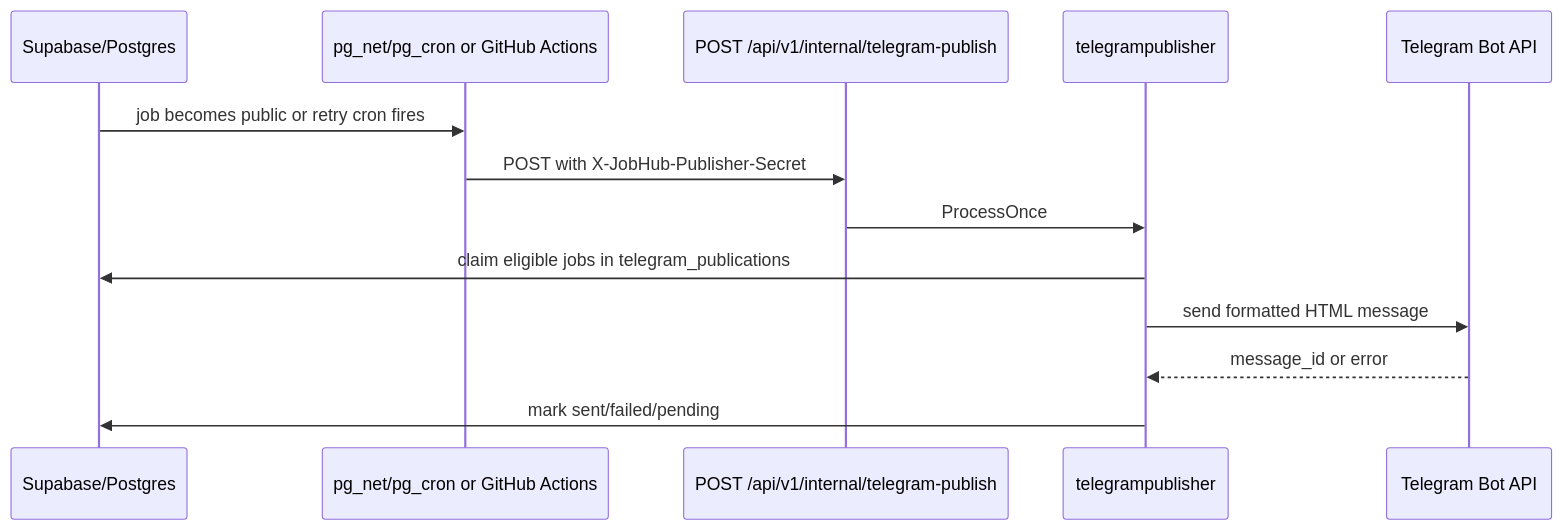
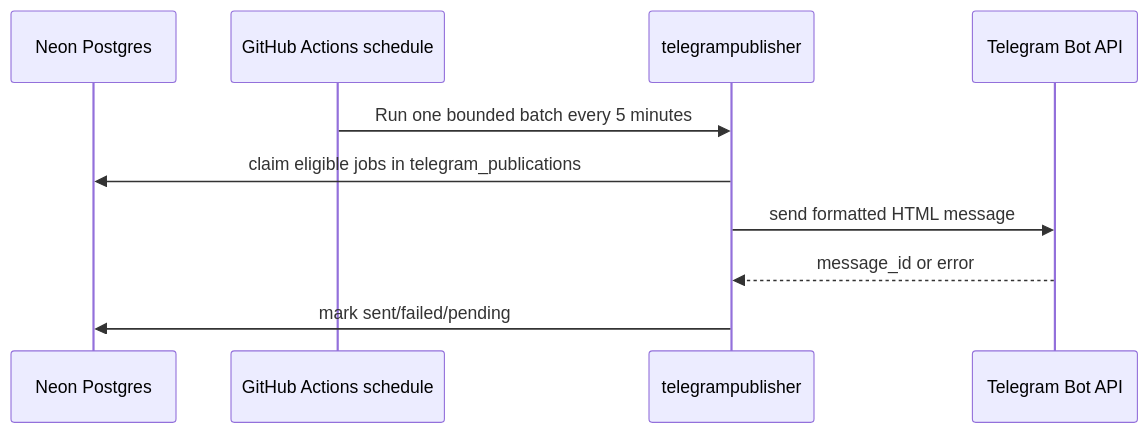
Before and after one commit to bsanat/JobHub: the fifth of 5 diagrams in docs/user-flows.md, drawn with Mermaid. The commit also changed other lines of this file and 18 other files, not shown here.

First line of the commit message:
Implement Telegram publisher cutover configuration and enhance error handling

````diff
--- a/docs/user-flows.md
+++ b/docs/user-flows.md
@@ -87,15 +87,12 @@
 ```mermaid
 sequenceDiagram
-  participant DB as Supabase/Postgres
-  participant Hook as pg_net/pg_cron or GitHub Actions
-  participant API as POST /api/v1/internal/telegram-publish
+  participant DB as Neon Postgres
+  participant Hook as GitHub Actions schedule
   participant Pub as telegrampublisher
   participant TG as Telegram Bot API
-  DB->>Hook: job becomes public or retry cron fires
-  Hook->>API: POST with X-JobHub-Publisher-Secret
-  API->>Pub: ProcessOnce
+  Hook->>Pub: Run one bounded batch every 5 minutes
   Pub->>DB: claim eligible jobs in telegram_publications
   Pub->>TG: send formatted HTML message
   TG-->>Pub: message_id or error
   Pub->>DB: mark sent/failed/pending
 ```
````
